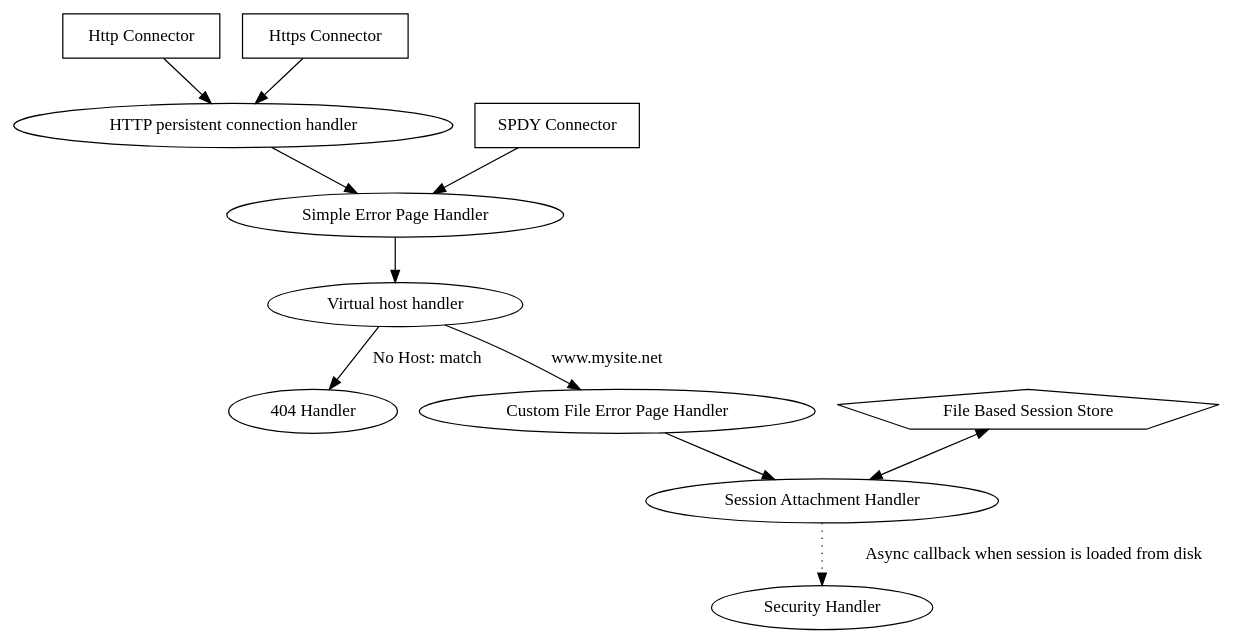
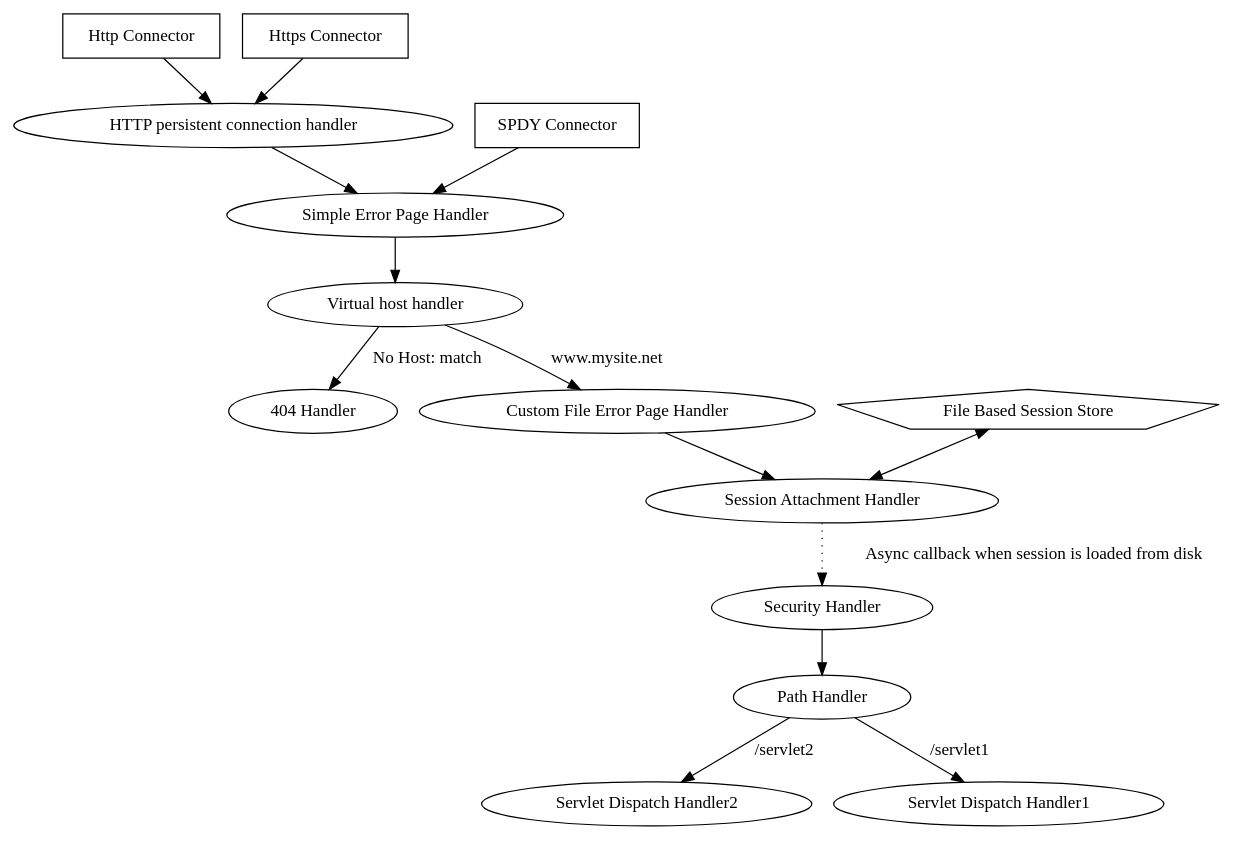
Before and after one commit to undertow-io/undertow-docs: the diagram in images/example.dot, drawn with Graphviz. The commit also changed 2 other files, not shown here.

```diff
--- a/images/example.dot
+++ b/images/example.dot
@@ -1,35 +1,39 @@
 digraph example {
 
 	shape="box";
 
     http[label="Http Connector", shape=box];
     http_persistent_connection[label="HTTP persistent connection handler"];
     virtual_host[label="Virtual host handler"];
 
     https[label="Https Connector", shape=box];
     spdy[label="SPDY Connector", shape=box];
 
     simple_error_page[label="Simple Error Page Handler"];
 
     response_404[label="404 Handler"];
 
     file_error_page[label="Custom File Error Page Handler"];
     session_handler[label="Session Attachment Handler"];
     file_based_session_store[label="File Based Session Store", shape=pentagon];
     security_handler[label="Security Handler"];
+    path_handler[label="Path Handler"];
+    servlet_dispatch_handler2[label="Servlet Dispatch Handler2"];
+    servlet_dispatch_handler1[label="Servlet Dispatch Handler1"];
 
 
     http -> http_persistent_connection -> simple_error_page;
     https -> http_persistent_connection;
     spdy -> simple_error_page;
     simple_error_page -> virtual_host;
 
     virtual_host -> response_404 [label="No Host: match"];
     virtual_host -> file_error_page [label = "www.mysite.net"];
     file_error_page -> session_handler;
-    file_based_session_store -> session_handler[dir=both]
+    file_based_session_store -> session_handler[dir=both];
     session_handler -> security_handler [style=dotted, label="Async callback when session is loaded from disk"];
-
-
+    security_handler -> path_handler;
+    path_handler -> servlet_dispatch_handler1[label="/servlet1"];
+    path_handler -> servlet_dispatch_handler2[label="/servlet2"];
 
 }
```
